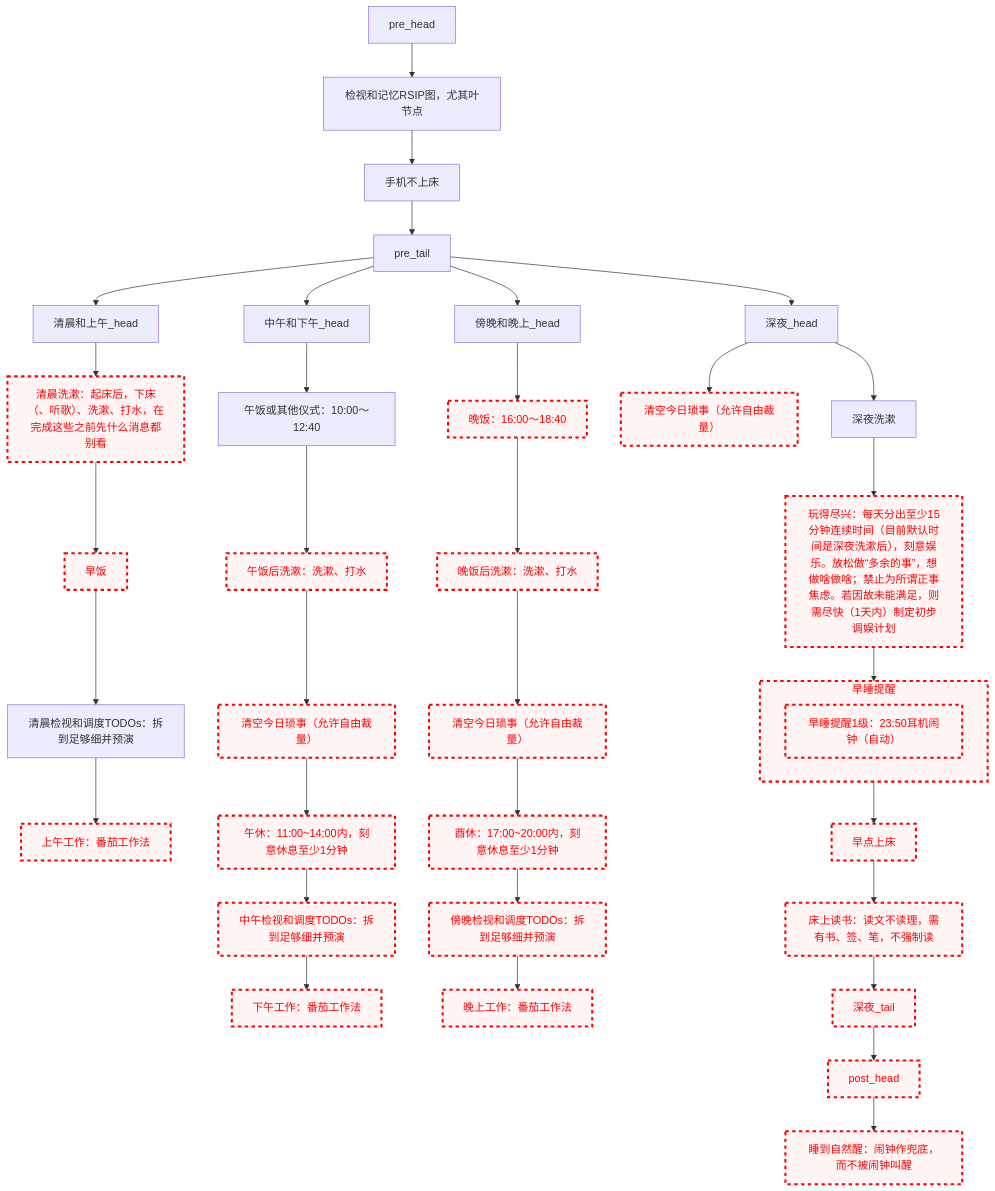
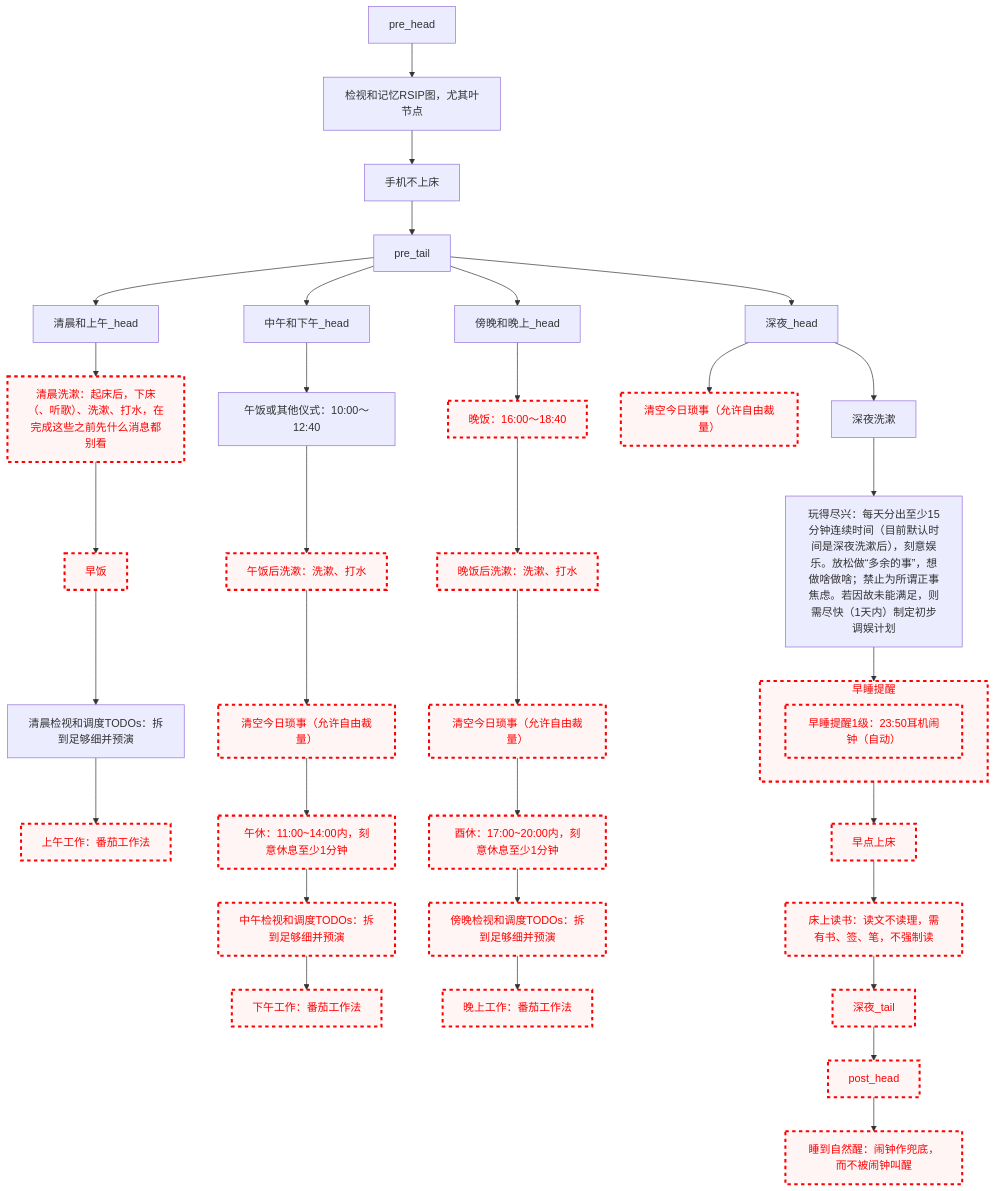
The diagram in README.md (Ethkuil/RSIP-tree), drawn with Mermaid before and after one commit.

Commit message:
enable 玩得尽兴

````diff
--- a/README.md
+++ b/README.md
@@ -21,73 +21,72 @@
 ```mermaid
 graph TD
 
 classDef failed stroke:#ff0000, stroke-width:3px, color:#ff0000, fill:#fff5f5, stroke-dasharray: 5
 
 pre_head --> RSIP[检视和记忆RSIP图，尤其叶节点]
 RSIP --> 手机不上床
 手机不上床 --> pre_tail
 
 
 pre_tail --> 清晨和上午_head
 清晨和上午_head --> 清晨洗漱
 清晨洗漱[清晨洗漱：起床后，下床（、听歌）、洗漱、打水，在完成这些之前先什么消息都别看]
 class 清晨洗漱 failed
 清晨洗漱 --> 早饭
 class 早饭 failed
 早饭 --> 清晨看TODO[清晨检视和调度TODOs：拆到足够细并预演]
 class 清晨看TODO failed.
 清晨看TODO --> 上午工作[上午工作：番茄工作法]
 class 上午工作 failed
 
 pre_tail --> 中午和下午_head
 中午和下午_head --> 午饭[午饭或其他仪式：10:00～12:40]
 午饭 --> 午饭后洗漱[午饭后洗漱：洗漱、打水]
 class 午饭后洗漱 failed
 午饭后洗漱 --> 中午今日琐事[清空今日琐事（允许自由裁量）]
 class 中午今日琐事 failed
 中午今日琐事 --> 午休[午休：11:00~14:00内，刻意休息至少1分钟]
 class 午休 failed
 午休 --> 中午看TODO[中午检视和调度TODOs：拆到足够细并预演]
 class 中午看TODO failed
 中午看TODO --> 下午工作[下午工作：番茄工作法]
 class 下午工作 failed
 
 pre_tail --> 傍晚和晚上_head
 傍晚和晚上_head --> 晚饭[晚饭：16:00～18:40]
 class 晚饭 failed
 晚饭 --> 晚饭后洗漱[晚饭后洗漱：洗漱、打水]
 class 晚饭后洗漱 failed
 晚饭后洗漱 --> 傍晚今日琐事[清空今日琐事（允许自由裁量）]
 class 傍晚今日琐事 failed
 傍晚今日琐事 --> 酉休[酉休：17:00~20:00内，刻意休息至少1分钟]
 class 酉休 failed
 酉休 --> 傍晚看TODO[傍晚检视和调度TODOs：拆到足够细并预演]
 class 傍晚看TODO failed
 傍晚看TODO --> 晚上工作[晚上工作：番茄工作法]
 class 晚上工作 failed
 
 pre_tail --> 深夜_head
 深夜_head --> 深夜今日琐事[清空今日琐事（允许自由裁量）]
 class 深夜今日琐事 failed
 深夜_head --> 深夜洗漱
 深夜洗漱 --> 玩得尽兴[玩得尽兴：每天分出至少15分钟连续时间（目前默认时间是深夜洗漱后），刻意娱乐。放松做“多余的事”，想做啥做啥；禁止为所谓正事焦虑。若因故未能满足，则需尽快（1天内）制定初步调娱计划]
-class 玩得尽兴 failed
 玩得尽兴 --> 早睡提醒
 subgraph 早睡提醒
   早睡提醒1级[早睡提醒1级：23:50耳机闹钟（自动）]
   class 早睡提醒1级 failed
 end
 class 早睡提醒 failed
 早睡提醒 --> 早点上床
 class 早点上床 failed
 早点上床 --> 床上读书[床上读书：读文不读理，需有书、签、笔，不强制读]
 class 床上读书 failed
 床上读书 --> 深夜_tail
 class 深夜_tail failed
 
 
 深夜_tail --> post_head
 class post_head failed
 post_head --> 睡到自然醒[睡到自然醒：闹钟作兜底，而不被闹钟叫醒]
 class 睡到自然醒 failed
 ```
````
